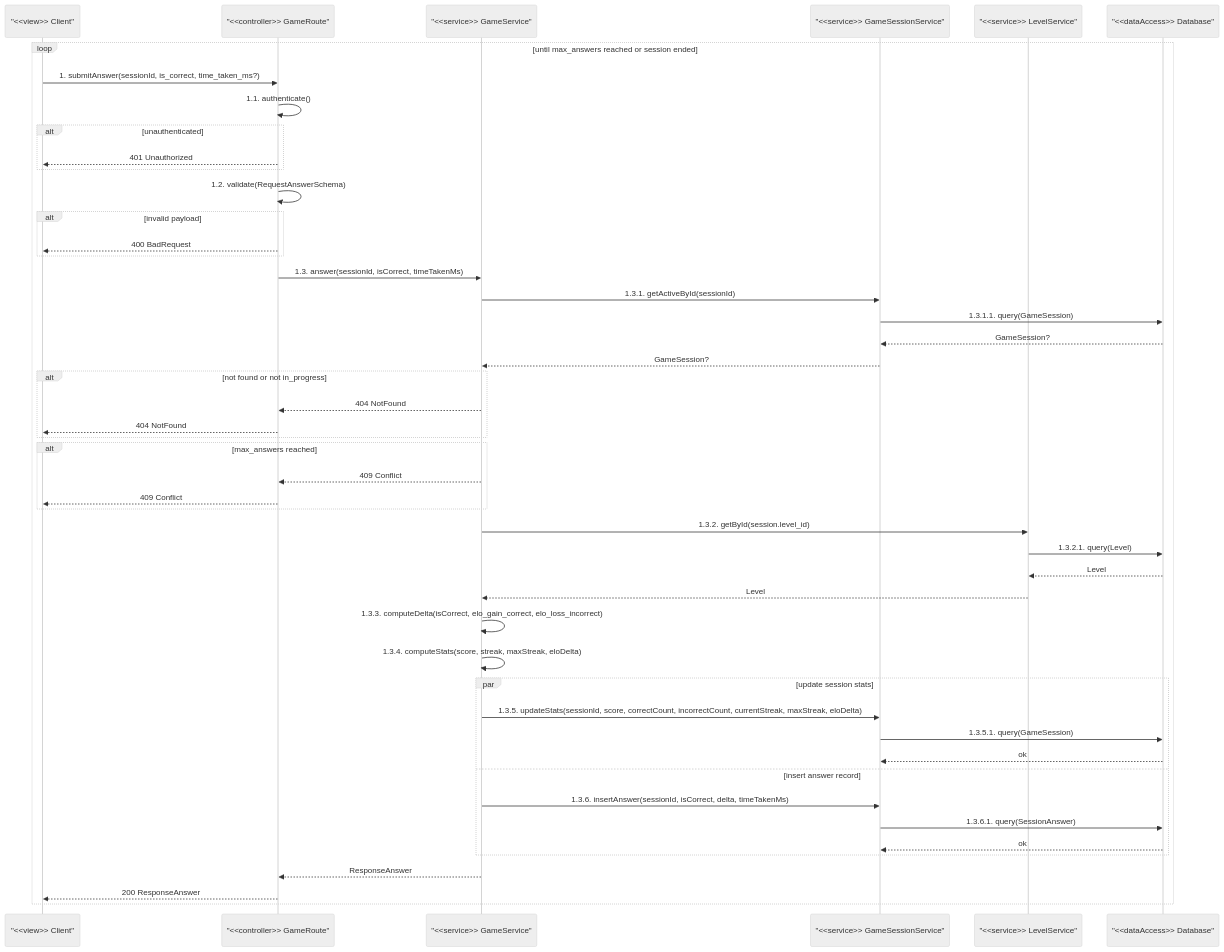
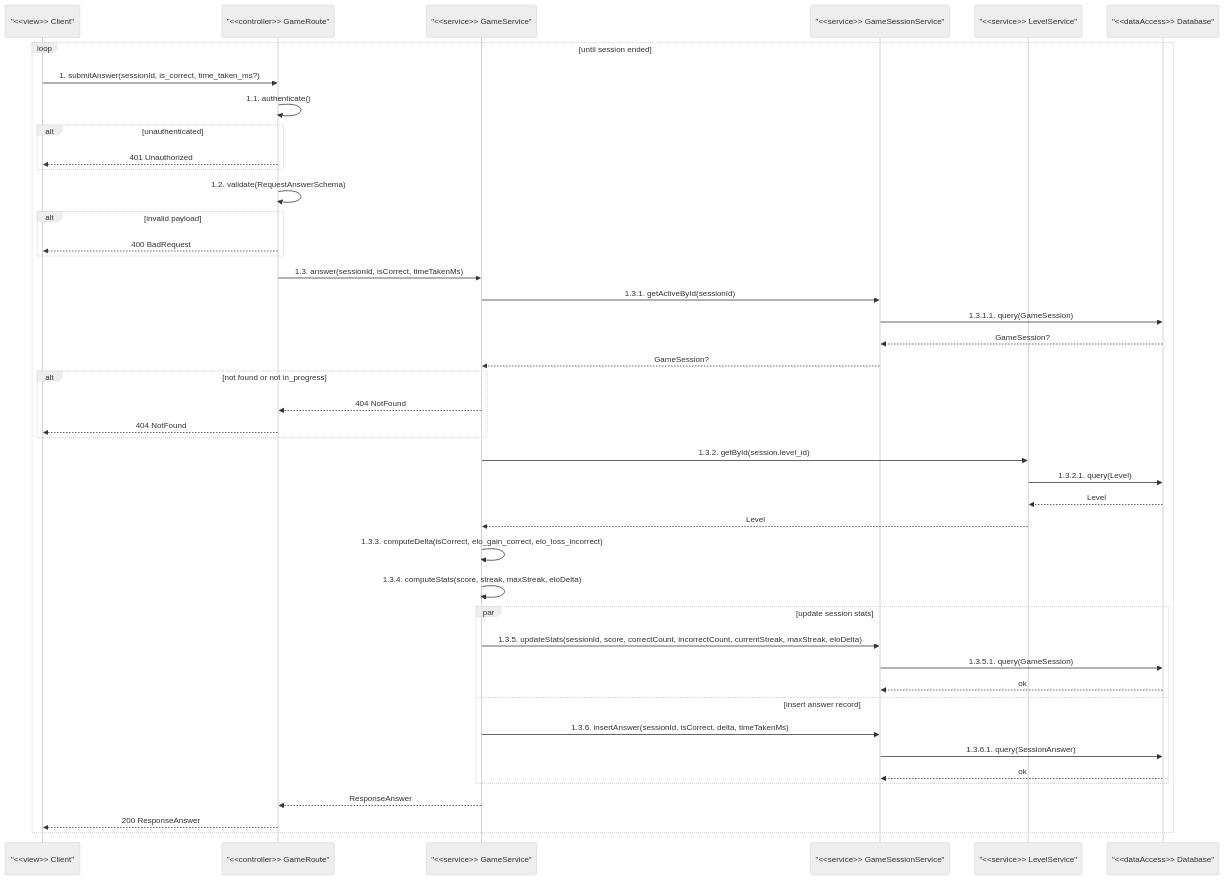
Before and after one commit to christphralden/magic-nugger-app: the second of 6 diagrams in docs/diagrams/game/sequence.md, drawn with Mermaid. The commit also changed other lines of this file and 6 other files, not shown here.

````diff
--- a/docs/diagrams/game/sequence.md
+++ b/docs/diagrams/game/sequence.md
@@ -71,52 +71,48 @@
 ```mermaid
 %%{init: {'theme': 'neutral'}}%%
 sequenceDiagram
     participant C as "<<view>> Client"
     participant R as "<<controller>> GameRoute"
     participant GS as "<<service>> GameService"
     participant GSS as "<<service>> GameSessionService"
     participant LS as "<<service>> LevelService"
     participant DB as "<<dataAccess>> Database"
 
-    loop until max_answers reached or session ended
+    loop until session ended
         C->>R: 1. submitAnswer(sessionId, is_correct, time_taken_ms?)
         R->>R: 1.1. authenticate()
         alt unauthenticated
             R-->>C: 401 Unauthorized
         end
         R->>R: 1.2. validate(RequestAnswerSchema)
         alt invalid payload
             R-->>C: 400 BadRequest
         end
         R->>GS: 1.3. answer(sessionId, isCorrect, timeTakenMs)
         GS->>GSS: 1.3.1. getActiveById(sessionId)
         GSS->>DB: 1.3.1.1. query(GameSession)
         DB-->>GSS: GameSession?
         GSS-->>GS: GameSession?
         alt not found or not in_progress
             GS-->>R: 404 NotFound
             R-->>C: 404 NotFound
-        end
-        alt max_answers reached
-            GS-->>R: 409 Conflict
-            R-->>C: 409 Conflict
         end
         GS->>LS: 1.3.2. getById(session.level_id)
         LS->>DB: 1.3.2.1. query(Level)
         DB-->>LS: Level
         LS-->>GS: Level
         GS->>GS: 1.3.3. computeDelta(isCorrect, elo_gain_correct, elo_loss_incorrect)
         GS->>GS: 1.3.4. computeStats(score, streak, maxStreak, eloDelta)
         par update session stats
             GS->>GSS: 1.3.5. updateStats(sessionId, score, correctCount, incorrectCount, currentStreak, maxStreak, eloDelta)
             GSS->>DB: 1.3.5.1. query(GameSession)
             DB-->>GSS: ok
         and insert answer record
             GS->>GSS: 1.3.6. insertAnswer(sessionId, isCorrect, delta, timeTakenMs)
             GSS->>DB: 1.3.6.1. query(SessionAnswer)
             DB-->>GSS: ok
         end
         GS-->>R: ResponseAnswer
         R-->>C: 200 ResponseAnswer
     end
 ```
````
